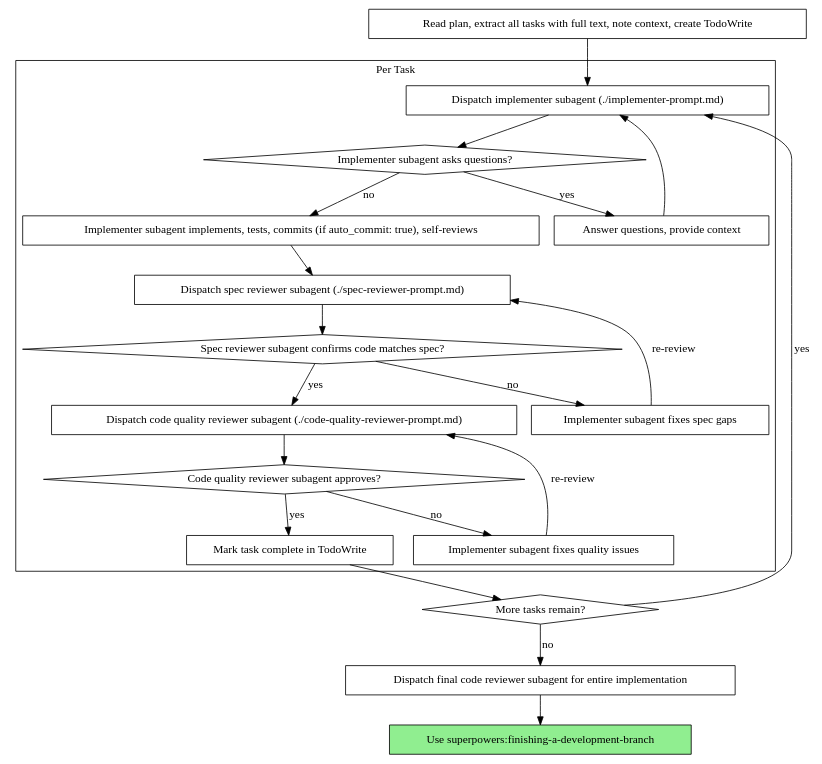
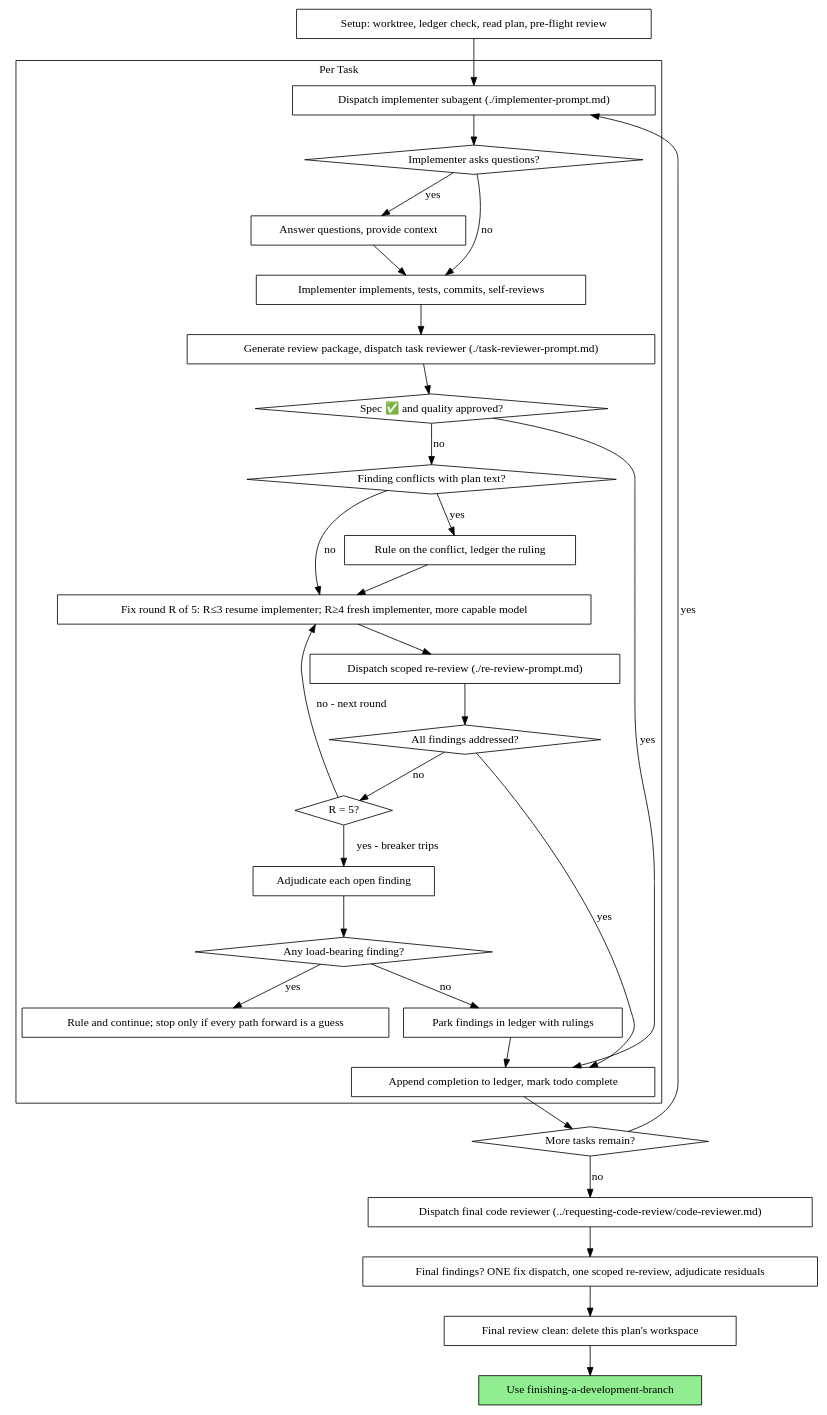
The second of 2 diagrams in .agents/skills/subagent-driven-development/SKILL.md (DanhDue/bloc_digital_wallet), drawn with Graphviz before and after one commit. The commit also changed other lines of this file and 405 other files, not shown here.

````diff
--- a/.agents/skills/subagent-driven-development/SKILL.md
+++ b/.agents/skills/subagent-driven-development/SKILL.md
@@ -43,44 +61,62 @@
 ```dot
 digraph process {
     rankdir=TB;
 
     subgraph cluster_per_task {
         label="Per Task";
         "Dispatch implementer subagent (./implementer-prompt.md)" [shape=box];
-        "Implementer subagent asks questions?" [shape=diamond];
+        "Implementer asks questions?" [shape=diamond];
         "Answer questions, provide context" [shape=box];
-        "Implementer subagent implements, tests, commits (if auto_commit: true), self-reviews" [shape=box];
-        "Dispatch spec reviewer subagent (./spec-reviewer-prompt.md)" [shape=box];
-        "Spec reviewer subagent confirms code matches spec?" [shape=diamond];
-        "Implementer subagent fixes spec gaps" [shape=box];
-        "Dispatch code quality reviewer subagent (./code-quality-reviewer-prompt.md)" [shape=box];
-        "Code quality reviewer subagent approves?" [shape=diamond];
-        "Implementer subagent fixes quality issues" [shape=box];
-        "Mark task complete in TodoWrite" [shape=box];
+        "Implementer implements, tests, commits, self-reviews" [shape=box];
+        "Generate review package, dispatch task reviewer (./task-reviewer-prompt.md)" [shape=box];
+        "Spec ✅ and quality approved?" [shape=diamond];
+        "Finding conflicts with plan text?" [shape=diamond];
+        "Rule on the conflict, ledger the ruling" [shape=box];
+        "Fix round R of 5: R≤3 resume implementer; R≥4 fresh implementer, more capable model" [shape=box];
+        "Dispatch scoped re-review (./re-review-prompt.md)" [shape=box];
+        "All findings addressed?" [shape=diamond];
+        "R = 5?" [shape=diamond];
+        "Adjudicate each open finding" [shape=box];
+        "Any load-bearing finding?" [shape=diamond];
+        "Rule and continue; stop only if every path forward is a guess" [shape=box];
+        "Park findings in ledger with rulings" [shape=box];
+        "Append completion to ledger, mark todo complete" [shape=box];
     }
 
-    "Read plan, extract all tasks with full text, note context, create TodoWrite" [shape=box];
+    "Setup: worktree, ledger check, read plan, pre-flight review" [shape=box];
     "More tasks remain?" [shape=diamond];
-    "Dispatch final code reviewer subagent for entire implementation" [shape=box];
-    "Use superpowers:finishing-a-development-branch" [shape=box style=filled fillcolor=lightgreen];
+    "Dispatch final code reviewer (../requesting-code-review/code-reviewer.md)" [shape=box];
+    "Final findings? ONE fix dispatch, one scoped re-review, adjudicate residuals" [shape=box];
+    "Final review clean: delete this plan's workspace" [shape=box];
+    "Use finishing-a-development-branch" [shape=box style=filled fillcolor=lightgreen];
 
-    "Read plan, extract all tasks with full text, note context, create TodoWrite" -> "Dispatch implementer subagent (./implementer-prompt.md)";
-    "Dispatch implementer subagent (./implementer-prompt.md)" -> "Implementer subagent asks questions?";
-    "Implementer subagent asks questions?" -> "Answer questions, provide context" [label="yes"];
-    "Answer questions, provide context" -> "Dispatch implementer subagent (./implementer-prompt.md)";
-    "Implementer subagent asks questions?" -> "Implementer subagent implements, tests, commits (if auto_commit: true), self-reviews" [label="no"];
-    "Implementer subagent implements, tests, commits (if auto_commit: true), self-reviews" -> "Dispatch spec reviewer subagent (./spec-reviewer-prompt.md)";
-    "Dispatch spec reviewer subagent (./spec-reviewer-prompt.md)" -> "Spec reviewer subagent confirms code matches spec?";
-    "Spec reviewer subagent confirms code matches spec?" -> "Implementer subagent fixes spec gaps" [label="no"];
-    "Implementer subagent fixes spec gaps" -> "Dispatch spec reviewer subagent (./spec-reviewer-prompt.md)" [label="re-review"];
-    "Spec reviewer subagent confirms code matches spec?" -> "Dispatch code quality reviewer subagent (./code-quality-reviewer-prompt.md)" [label="yes"];
-    "Dispatch code quality reviewer subagent (./code-quality-reviewer-prompt.md)" -> "Code quality reviewer subagent approves?";
-    "Code quality reviewer subagent approves?" -> "Implementer subagent fixes quality issues" [label="no"];
-    "Implementer subagent fixes quality issues" -> "Dispatch code quality reviewer subagent (./code-quality-reviewer-prompt.md)" [label="re-review"];
-    "Code quality reviewer subagent approves?" -> "Mark task complete in TodoWrite" [label="yes"];
-    "Mark task complete in TodoWrite" -> "More tasks remain?";
+    "Setup: worktree, ledger check, read plan, pre-flight review" -> "Dispatch implementer subagent (./implementer-prompt.md)";
+    "Dispatch implementer subagent (./implementer-prompt.md)" -> "Implementer asks questions?";
+    "Implementer asks questions?" -> "Answer questions, provide context" [label="yes"];
+    "Answer questions, provide context" -> "Implementer implements, tests, commits, self-reviews";
+    "Implementer asks questions?" -> "Implementer implements, tests, commits, self-reviews" [label="no"];
+    "Implementer implements, tests, commits, self-reviews" -> "Generate review package, dispatch task reviewer (./task-reviewer-prompt.md)";
+    "Generate review package, dispatch task reviewer (./task-reviewer-prompt.md)" -> "Spec ✅ and quality approved?";
+    "Spec ✅ and quality approved?" -> "Append completion to ledger, mark todo complete" [label="yes"];
+    "Spec ✅ and quality approved?" -> "Finding conflicts with plan text?" [label="no"];
+    "Finding conflicts with plan text?" -> "Rule on the conflict, ledger the ruling" [label="yes"];
+    "Rule on the conflict, ledger the ruling" -> "Fix round R of 5: R≤3 resume implementer; R≥4 fresh implementer, more capable model";
+    "Finding conflicts with plan text?" -> "Fix round R of 5: R≤3 resume implementer; R≥4 fresh implementer, more capable model" [label="no"];
+    "Fix round R of 5: R≤3 resume implementer; R≥4 fresh implementer, more capable model" -> "Dispatch scoped re-review (./re-review-prompt.md)";
+    "Dispatch scoped re-review (./re-review-prompt.md)" -> "All findings addressed?";
+    "All findings addressed?" -> "Append completion to ledger, mark todo complete" [label="yes"];
+    "All findings addressed?" -> "R = 5?" [label="no"];
+    "R = 5?" -> "Fix round R of 5: R≤3 resume implementer; R≥4 fresh implementer, more capable model" [label="no - next round"];
+    "R = 5?" -> "Adjudicate each open finding" [label="yes - breaker trips"];
+    "Adjudicate each open finding" -> "Any load-bearing finding?";
+    "Any load-bearing finding?" -> "Rule and continue; stop only if every path forward is a guess" [label="yes"];
+    "Any load-bearing finding?" -> "Park findings in ledger with rulings" [label="no"];
+    "Park findings in ledger with rulings" -> "Append completion to ledger, mark todo complete";
+    "Append completion to ledger, mark todo complete" -> "More tasks remain?";
     "More tasks remain?" -> "Dispatch implementer subagent (./implementer-prompt.md)" [label="yes"];
-    "More tasks remain?" -> "Dispatch final code reviewer subagent for entire implementation" [label="no"];
-    "Dispatch final code reviewer subagent for entire implementation" -> "Use superpowers:finishing-a-development-branch";
+    "More tasks remain?" -> "Dispatch final code reviewer (../requesting-code-review/code-reviewer.md)" [label="no"];
+    "Dispatch final code reviewer (../requesting-code-review/code-reviewer.md)" -> "Final findings? ONE fix dispatch, one scoped re-review, adjudicate residuals";
+    "Final findings? ONE fix dispatch, one scoped re-review, adjudicate residuals" -> "Final review clean: delete this plan's workspace";
+    "Final review clean: delete this plan's workspace" -> "Use finishing-a-development-branch";
 }
 ```
````
